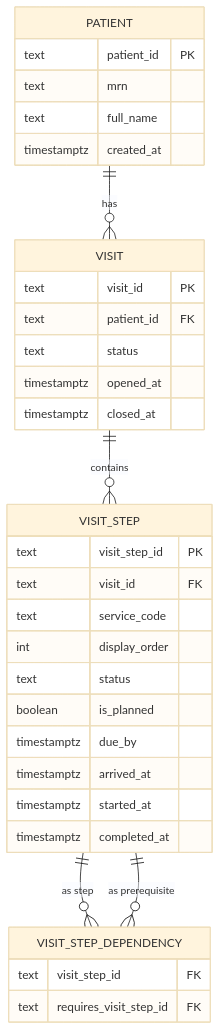
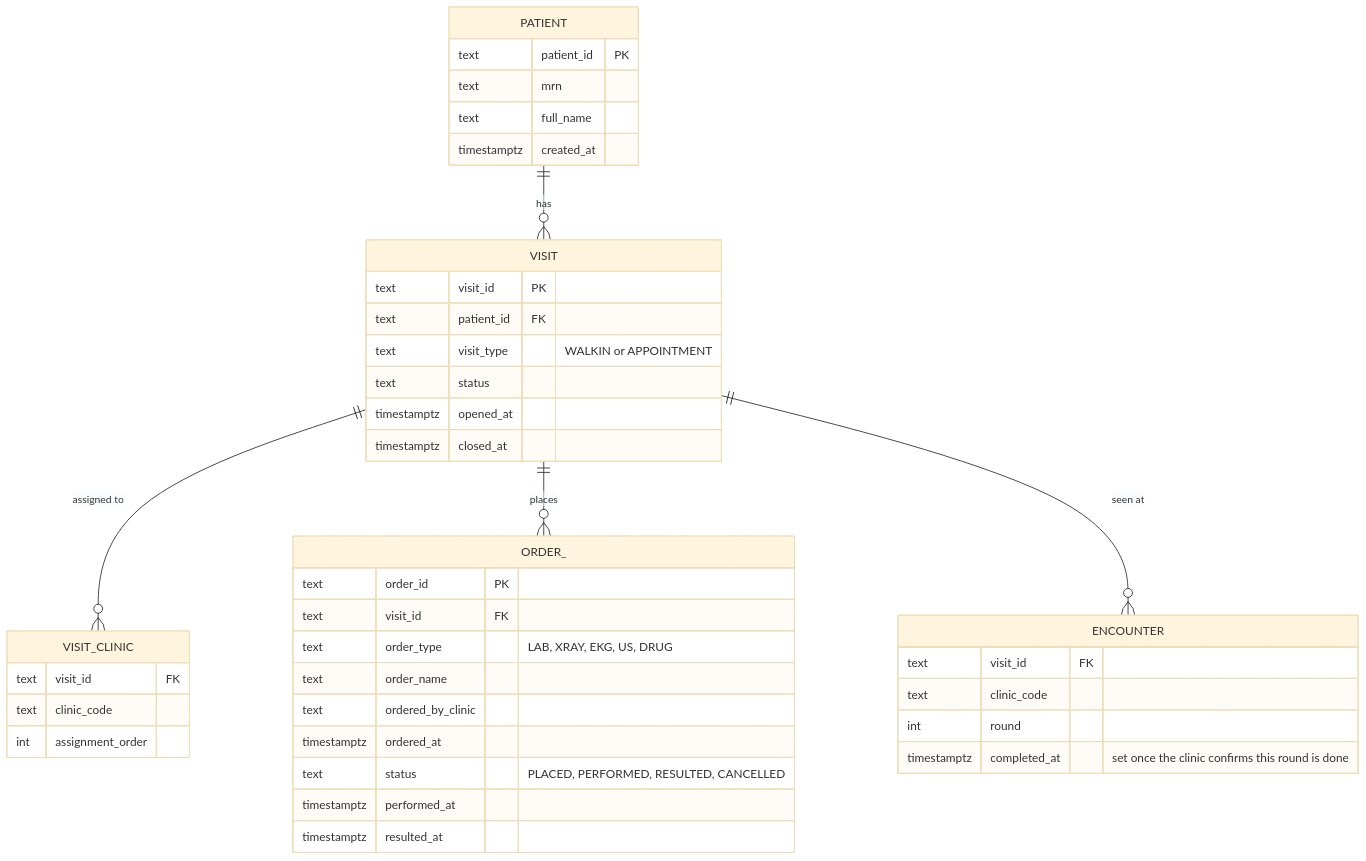
Before and after one commit to somprasongd/carepath: the second of 6 diagrams in docs/deliverables/02-er-diagram-database.md, drawn with Mermaid (base theme). The commit also changed other lines of this file and 4 other files, not shown here.

First line of the commit message:
Align deliverable docs with ADR-0009 and diagram the HIS<->CarePath flow

````diff
--- a/docs/deliverables/02-er-diagram-database.md
+++ b/docs/deliverables/02-er-diagram-database.md
@@ -107,37 +109,44 @@
 ```mermaid
 erDiagram
     PATIENT ||--o{ VISIT : has
-    VISIT ||--o{ VISIT_STEP : contains
-    VISIT_STEP ||--o{ VISIT_STEP_DEPENDENCY : "as step"
-    VISIT_STEP ||--o{ VISIT_STEP_DEPENDENCY : "as prerequisite"
+    VISIT ||--o{ VISIT_CLINIC : "assigned to"
+    VISIT ||--o{ ORDER_ : places
+    VISIT ||--o{ ENCOUNTER : "seen at"
 
     PATIENT {
         text patient_id PK
         text mrn
         text full_name
         timestamptz created_at
     }
     VISIT {
         text visit_id PK
         text patient_id FK
+        text visit_type "WALKIN or APPOINTMENT"
         text status
         timestamptz opened_at
         timestamptz closed_at
     }
-    VISIT_STEP {
-        text visit_step_id PK
+    VISIT_CLINIC {
         text visit_id FK
-        text service_code
-        int display_order
-        text status
-        boolean is_planned
-        timestamptz due_by
-        timestamptz arrived_at
-        timestamptz started_at
-        timestamptz completed_at
+        text clinic_code
+        int assignment_order
     }
-    VISIT_STEP_DEPENDENCY {
-        text visit_step_id FK
-        text requires_visit_step_id FK
+    ORDER_ {
+        text order_id PK
+        text visit_id FK
+        text order_type "LAB, XRAY, EKG, US, DRUG"
+        text order_name
+        text ordered_by_clinic
+        timestamptz ordered_at
+        text status "PLACED, PERFORMED, RESULTED, CANCELLED"
+        timestamptz performed_at
+        timestamptz resulted_at
+    }
+    ENCOUNTER {
+        text visit_id FK
+        text clinic_code
+        int round
+        timestamptz completed_at "set once the clinic confirms this round is done"
     }
 ```
````
